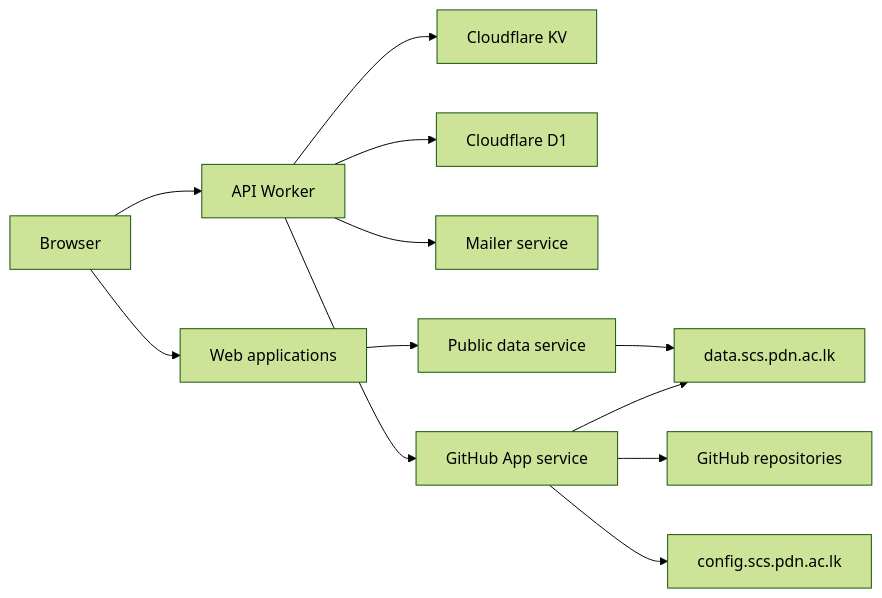
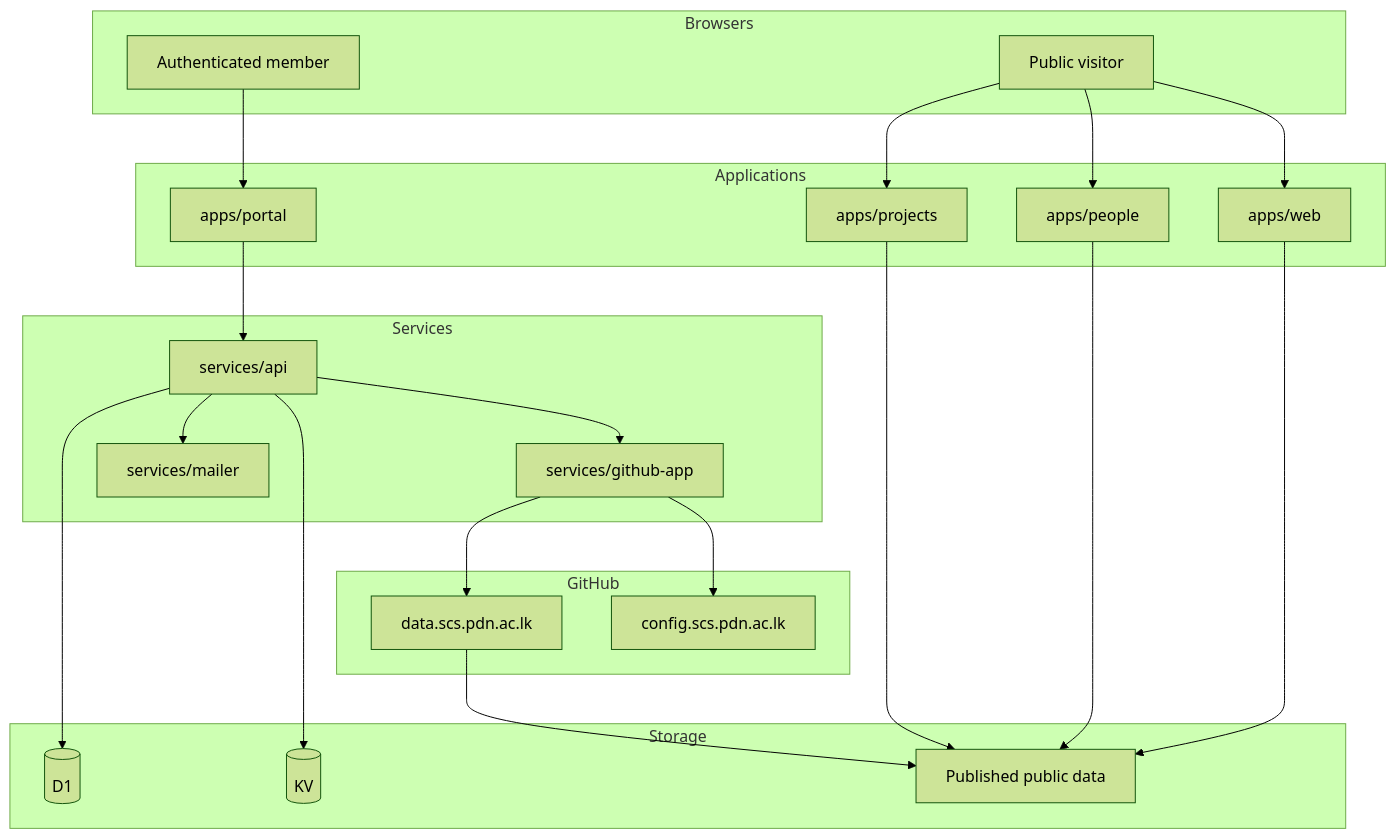
One commit to shamilaw-sci/CSC3213_20_Group_B changed the first of 5 diagrams in docs/ARCHITECTURE.md. Above: the diagram before and after it, drawn with Mermaid (forest theme). The commit also changed other lines of this file and 16 other files, not shown here.

````diff
--- a/docs/ARCHITECTURE.md
+++ b/docs/ARCHITECTURE.md
@@ -9,14 +14,47 @@
 ```mermaid
-flowchart LR
-  Browser --> Web[Web applications]
-  Browser --> API[API Worker]
-  API --> KV[Cloudflare KV]
-  API --> D1[Cloudflare D1]
-  API --> Mailer[Mailer service]
-  API --> GitHubApp[GitHub App service]
-  Web --> Data[Public data service]
-  GitHubApp --> GitHub[GitHub repositories]
-  Data --> DataRepo[data.scs.pdn.ac.lk]
+flowchart TB
+  subgraph Browsers
+    PublicUser[Public visitor]
+    PortalUser[Authenticated member]
+  end
+
+  subgraph Applications
+    Web[apps/web]
+    People[apps/people]
+    Projects[apps/projects]
+    Portal[apps/portal]
+  end
+
+  subgraph Services
+    API[services/api]
+    GitHubApp[services/github-app]
+    Mailer[services/mailer]
+  end
+
+  subgraph Storage
+    D1[(D1)]
+    KV[(KV)]
+    Data[Published public data]
+  end
+
+  subgraph GitHub
+    DataRepo[data.scs.pdn.ac.lk]
+    ConfigRepo[config.scs.pdn.ac.lk]
+  end
+
+  PublicUser --> Web
+  PublicUser --> People
+  PublicUser --> Projects
+  PortalUser --> Portal
+  Web --> Data
+  People --> Data
+  Projects --> Data
+  Portal --> API
+  API --> D1
+  API --> KV
+  API --> Mailer
+  API --> GitHubApp
   GitHubApp --> DataRepo
-  GitHubApp --> ConfigRepo[config.scs.pdn.ac.lk]
+  GitHubApp --> ConfigRepo
+  DataRepo --> Data
 ```
````
